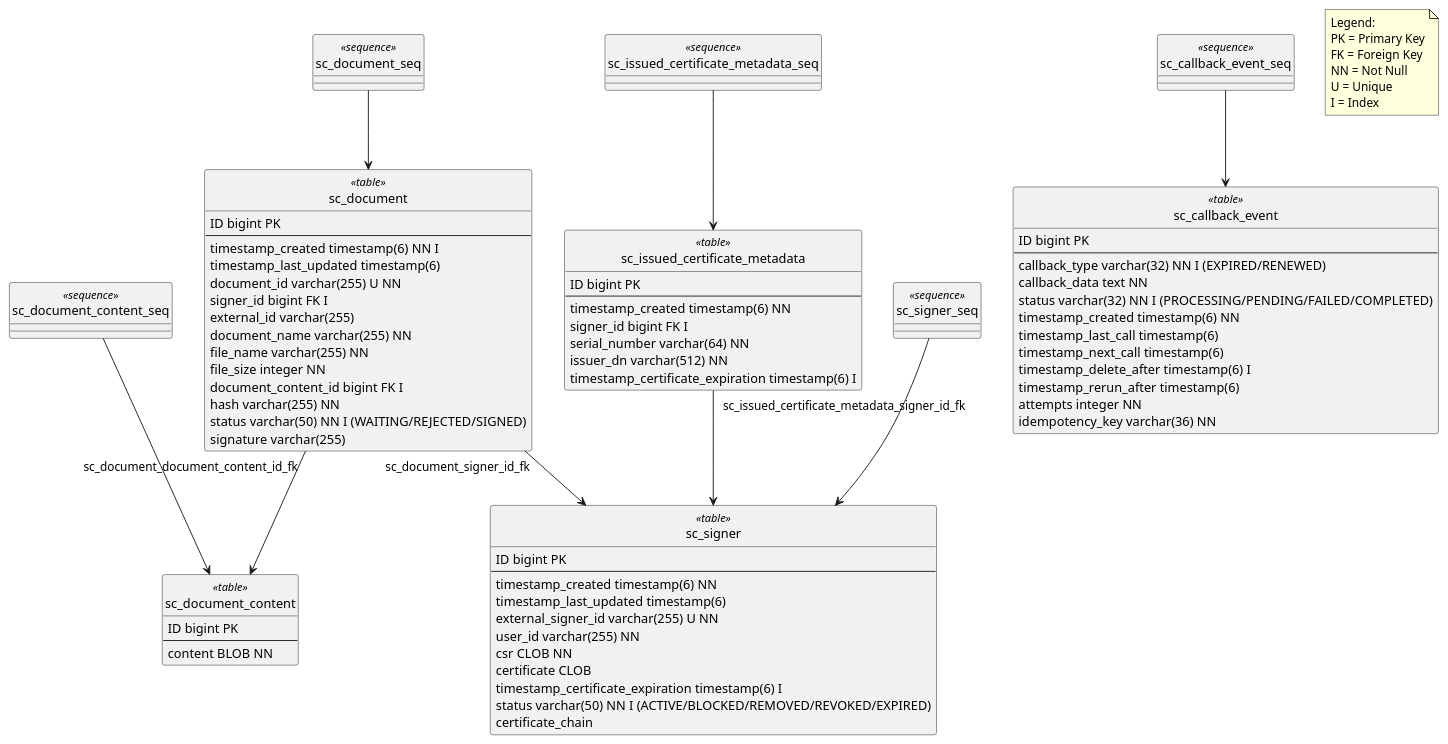
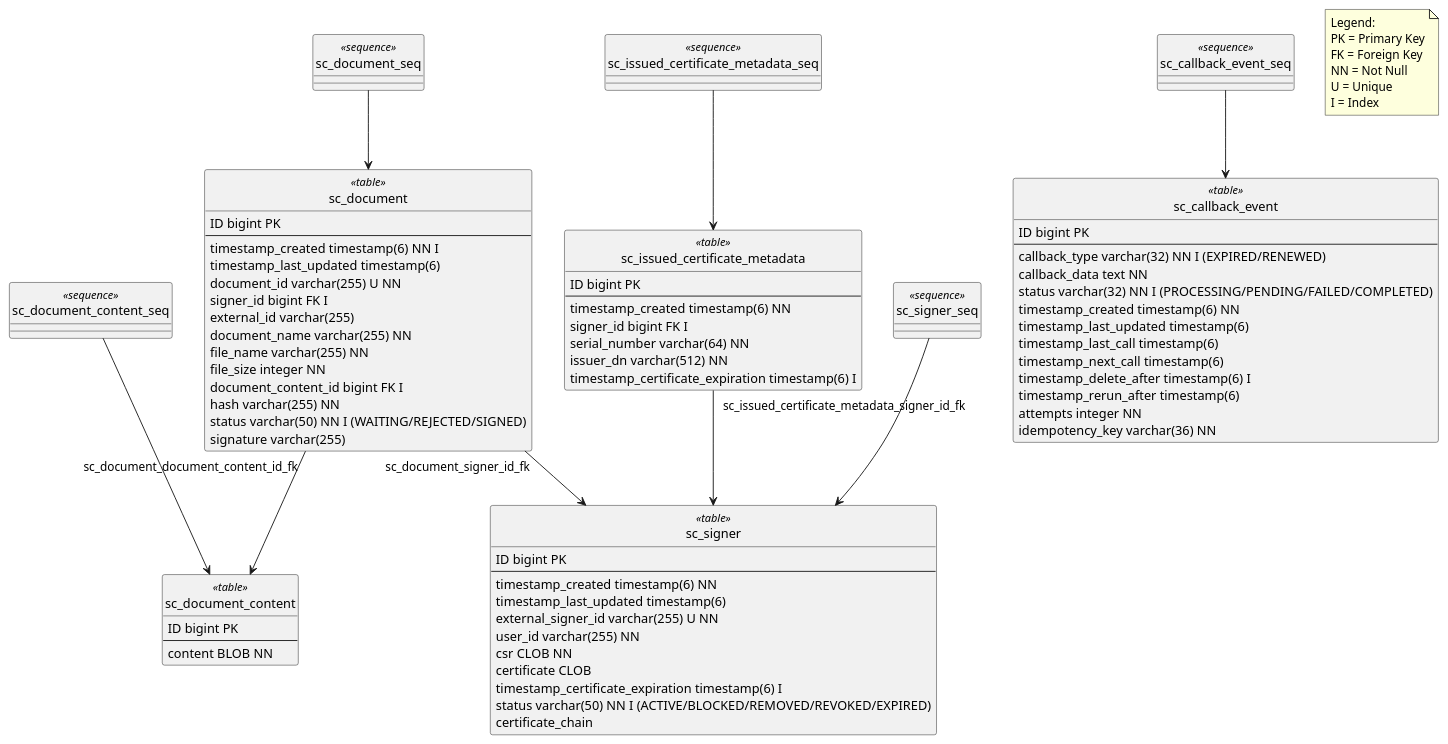
Before and after one commit to wultra/signer-cloud: the diagram in docs-private/signer_cloud_server_database_schema.puml, drawn with PlantUML. The commit also changed 1 other file, not shown here.

Commit message:
Add last updated column to DB changeset

```diff
--- a/docs-private/signer_cloud_server_database_schema.puml
+++ b/docs-private/signer_cloud_server_database_schema.puml
@@ -1,91 +1,92 @@
 @startuml
 hide circle
 
 class sc_signer <<table>>{
     ID bigint PK
     --
     timestamp_created timestamp(6) NN
     timestamp_last_updated timestamp(6)
     external_signer_id varchar(255) U NN
     user_id varchar(255) NN
     csr CLOB NN
     certificate CLOB
     timestamp_certificate_expiration timestamp(6) I
     status varchar(50) NN I (ACTIVE/BLOCKED/REMOVED/REVOKED/EXPIRED)
     certificate_chain
 }
 
 class sc_document <<table>> {
     ID bigint PK
     --
     timestamp_created timestamp(6) NN I
     timestamp_last_updated timestamp(6)
     document_id varchar(255) U NN
     signer_id bigint FK I
     external_id varchar(255)
     document_name varchar(255) NN
     file_name varchar(255) NN
     file_size integer NN
     document_content_id bigint FK I
     hash varchar(255) NN
     status varchar(50) NN I (WAITING/REJECTED/SIGNED)
     signature varchar(255)
 }
 
 class sc_document_content <<table>>{
     ID bigint PK
     --
     content BLOB NN
 }
 
 class sc_callback_event <<table>> {
     ID bigint PK
     --
     callback_type varchar(32) NN I (EXPIRED/RENEWED)
     callback_data text NN
     status varchar(32) NN I (PROCESSING/PENDING/FAILED/COMPLETED)
     timestamp_created timestamp(6) NN
+    timestamp_last_updated timestamp(6)
     timestamp_last_call timestamp(6)
     timestamp_next_call timestamp(6)
     timestamp_delete_after timestamp(6) I
     timestamp_rerun_after timestamp(6)
     attempts integer NN
     idempotency_key varchar(36) NN
 }
 
 class sc_issued_certificate_metadata <<table>> {
     ID bigint PK
     --
     timestamp_created timestamp(6) NN
     signer_id bigint FK I
     serial_number varchar(64) NN
     issuer_dn varchar(512) NN
     timestamp_certificate_expiration timestamp(6) I
 }
 
 class sc_signer_seq <<sequence>>
 class sc_document_seq <<sequence>>
 class sc_document_content_seq <<sequence>>
 class sc_callback_event_seq <<sequence>>
 class sc_issued_certificate_metadata_seq <<sequence>>
 
 sc_signer_seq --> sc_signer
 sc_document_seq --> sc_document
 sc_document_content_seq --> sc_document_content
 sc_callback_event_seq --> sc_callback_event
 sc_issued_certificate_metadata_seq --> sc_issued_certificate_metadata
 
 sc_document "sc_document_signer_id_fk" --> sc_signer
 sc_document "sc_document_document_content_id_fk" --> sc_document_content
 sc_issued_certificate_metadata "sc_issued_certificate_metadata_signer_id_fk" --> sc_signer
 
 note as note1
 Legend:
 PK = Primary Key
 FK = Foreign Key
 NN = Not Null
 U = Unique
 I = Index
 end note
 
 @enduml
```
